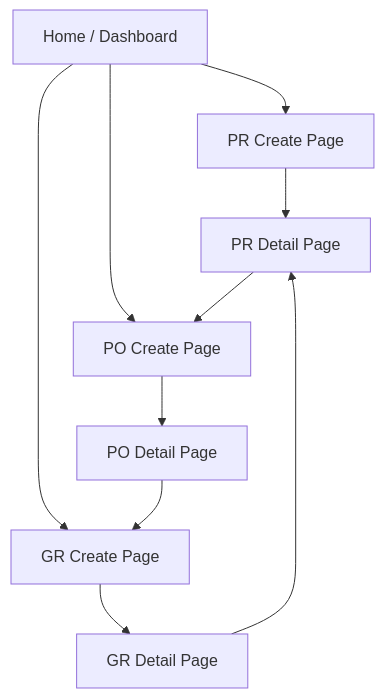
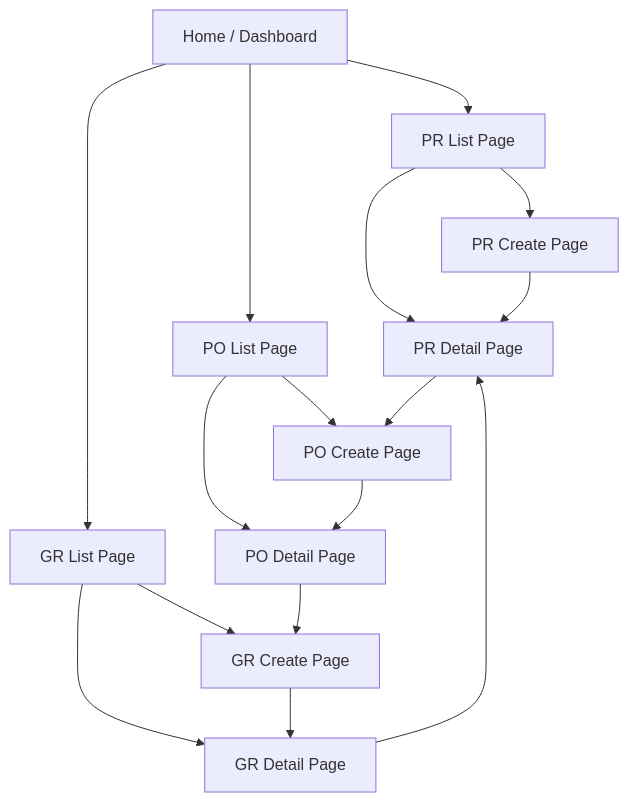
One commit to eComindo/2026-github-copilot-workshop changed the third of 5 diagrams in docs/plan.md. Above: the diagram before and after it, drawn with Mermaid. The commit also changed other lines of this file and 14 other files, not shown here.

````diff
--- a/docs/plan.md
+++ b/docs/plan.md
@@ -52,21 +59,31 @@
 ```mermaid
 flowchart TD
   HOME[Home / Dashboard]
+  PRL[PR List Page]
+  POL[PO List Page]
+  GRL[GR List Page]
   PRC[PR Create Page]
   PRD[PR Detail Page]
   POC[PO Create Page]
   POD[PO Detail Page]
   GRC[GR Create Page]
   GRD[GR Detail Page]
 
-  HOME --> PRC
-  HOME --> POC
-  HOME --> GRC
+  HOME --> PRL
+  HOME --> POL
+  HOME --> GRL
+
+  PRL --> PRC
+  PRL --> PRD
+  POL --> POC
+  POL --> POD
+  GRL --> GRC
+  GRL --> GRD
 
   PRC --> PRD
   PRD --> POC
   POC --> POD
   POD --> GRC
   GRC --> GRD
   GRD --> PRD
 ```
````
